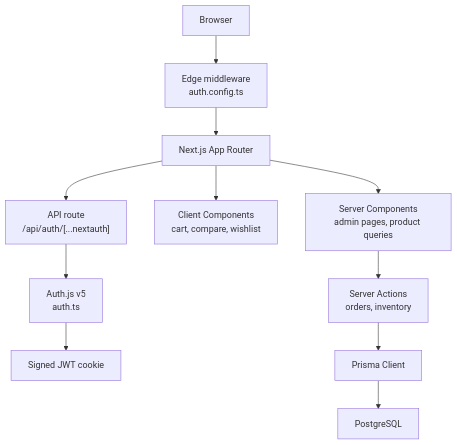
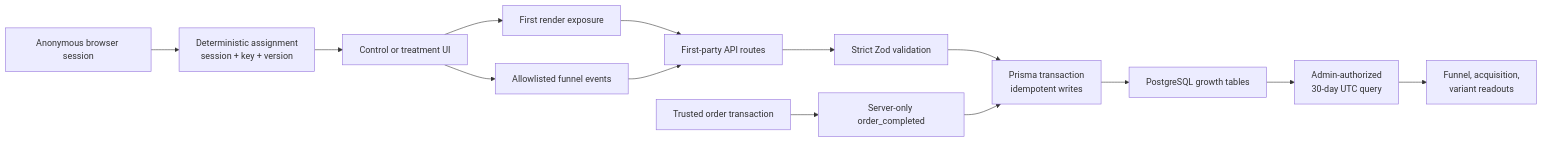
One commit to deepakpk-dev/rype changed the diagram in README.md. Above: the diagram before and after it, drawn with Mermaid. The commit also changed other lines of this file and 2 other files, not shown here.

Commit message:
docs: present Rype growth engineering case study

````diff
--- a/README.md
+++ b/README.md
@@ -71,13 +53,16 @@
 ```mermaid
-flowchart TD
-  A["Browser"] --> B["Edge middleware<br/>auth.config.ts"]
-  B --> C["Next.js App Router"]
-  C --> D["Server Components<br/>admin pages, product queries"]
-  C --> E["Client Components<br/>cart, compare, wishlist"]
-  C --> F["API route<br/>/api/auth/[...nextauth]"]
-  D --> G["Server Actions<br/>orders, inventory"]
-  F --> H["Auth.js v5<br/>auth.ts"]
-  H --> I["Signed JWT cookie"]
-  G --> J["Prisma Client"]
-  J --> K["PostgreSQL"]
+flowchart LR
+  A["Anonymous browser session"] --> B["Deterministic assignment<br/>session + key + version"]
+  B --> C["Control or treatment UI"]
+  C --> D["First render exposure"]
+  C --> E["Allowlisted funnel events"]
+  F["Trusted order transaction"] --> G["Server-only order_completed"]
+  D --> H["First-party API routes"]
+  E --> H
+  H --> I["Strict Zod validation"]
+  I --> J["Prisma transaction<br/>idempotent writes"]
+  G --> J
+  J --> K["PostgreSQL growth tables"]
+  K --> L["Admin-authorized<br/>30-day UTC query"]
+  L --> M["Funnel, acquisition,<br/>variant readouts"]
 ```
````
